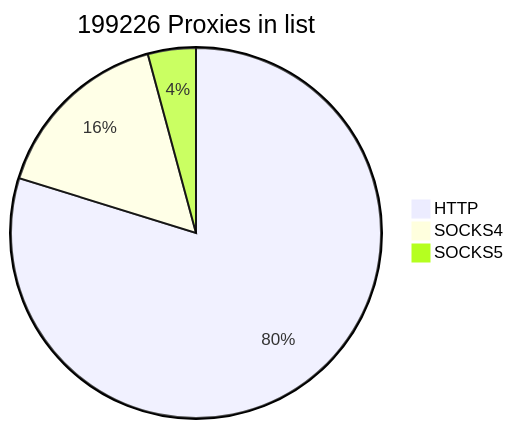
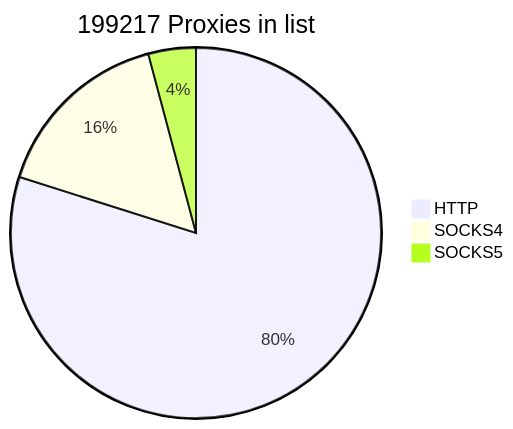
Before and after one commit to cutipu/proxylist: the first of 2 diagrams in README.md, drawn with Mermaid. The commit also changed other lines of this file, not shown here.

````diff
--- a/README.md
+++ b/README.md
@@ -2,7 +2,7 @@
 ```mermaid
-pie title 199226 Proxies in list
-    "HTTP" : 158960
-    "SOCKS4" : 31921
-    "SOCKS5" : 8345
+pie title 199217 Proxies in list
+    "HTTP" : 159150
+    "SOCKS4" : 31807
+    "SOCKS5" : 8260
             
 ```
````
